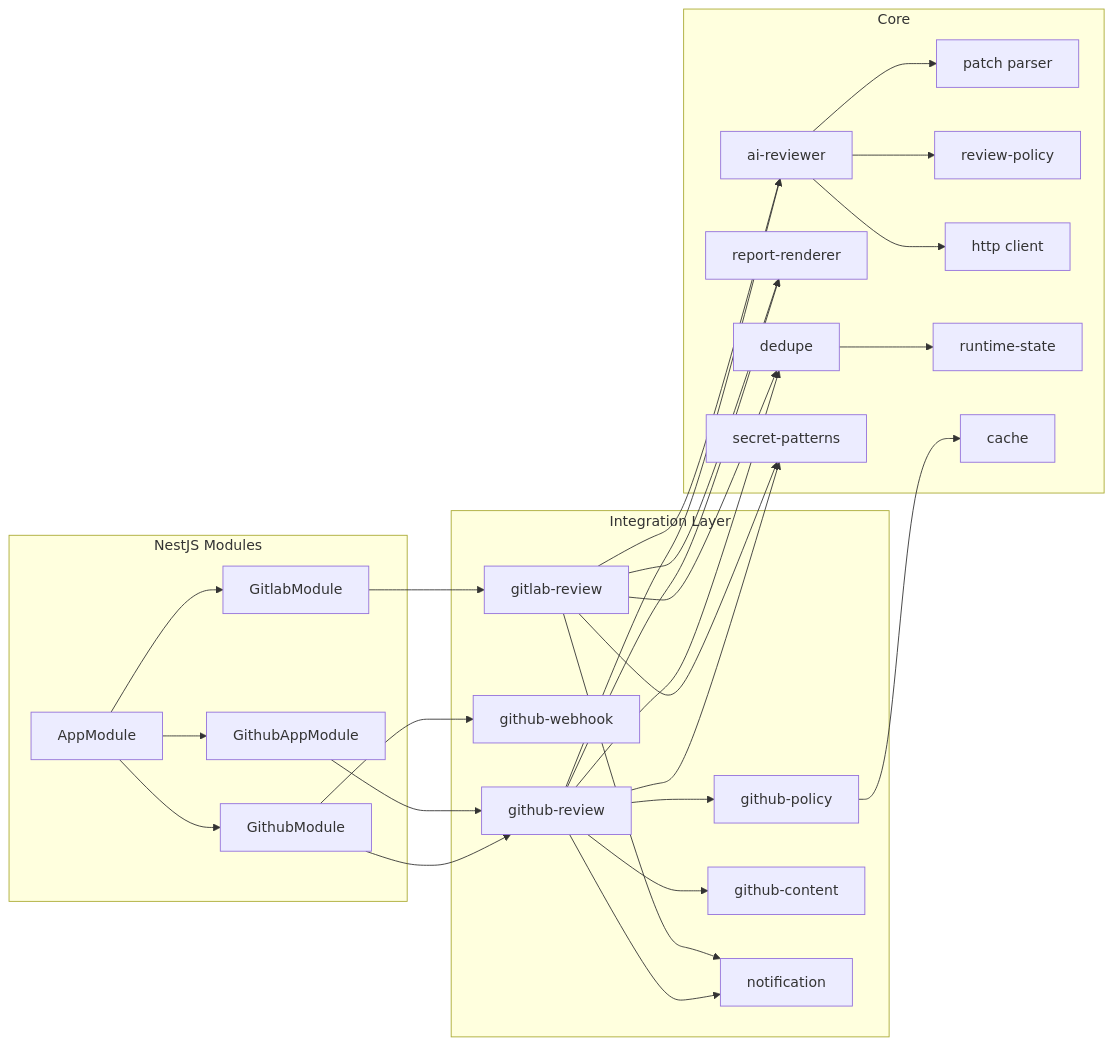
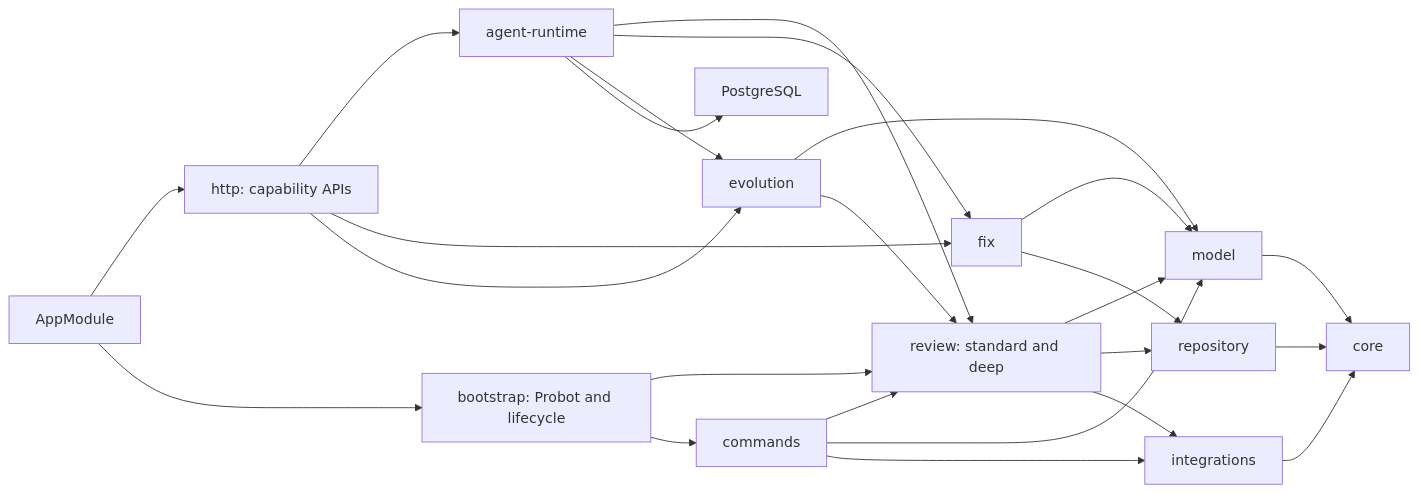
The fourth of 8 diagrams in README.md (condevtools/pr-agent), drawn with Mermaid before and after one commit. The commit also changed other lines of this file and 127 other files, not shown here.

````diff
--- a/README.md
+++ b/README.md
@@ -202,60 +202,27 @@
 ```mermaid
 graph LR
-    subgraph NestJS Modules
-        APP[AppModule]
-        GH[GithubModule]
-        GL[GitlabModule]
-        GHA[GithubAppModule]
-    end
-
-    subgraph Integration Layer
-        GHR[github-review]
-        GHW[github-webhook]
-        GHP[github-policy]
-        GHC[github-content]
-        GLR[gitlab-review]
-        NTF[notification]
-    end
-
-    subgraph Core
-        REV[ai-reviewer]
-        PAT[patch parser]
-        RPT[report-renderer]
-        POL[review-policy]
-        DDP[dedupe]
-        HTTP[http client]
-        STA[runtime-state]
-        SEC[secret-patterns]
-        CACHE[cache]
-    end
-
-    APP --> GH
-    APP --> GL
-    APP --> GHA
-
-    GH --> GHR
-    GH --> GHW
-    GHA --> GHR
-
-    GHR --> GHP
-    GHR --> GHC
-    GHR --> REV
-    GHR --> RPT
-    GHR --> NTF
-
-    GLR --> REV
-    GLR --> RPT
-    GLR --> NTF
-    GL --> GLR
-
-    REV --> PAT
-    REV --> POL
-    REV --> HTTP
-
-    GHR --> DDP
-    GLR --> DDP
-    DDP --> STA
-    GHR --> SEC
-    GLR --> SEC
-    GHP --> CACHE
+    APP[AppModule] --> HTTP[http: capability APIs]
+    APP --> BOOT[bootstrap: Probot and lifecycle]
+    HTTP --> RUN[agent-runtime]
+    HTTP --> FIX[fix]
+    HTTP --> EVO[evolution]
+    BOOT --> REV[review: standard and deep]
+    BOOT --> CMD[commands]
+    RUN --> REV
+    RUN --> FIX
+    RUN --> EVO
+    RUN --> PG[PostgreSQL]
+    REV --> MODEL[model]
+    REV --> REPO[repository]
+    REV --> INT[integrations]
+    CMD --> REV
+    CMD --> MODEL
+    CMD --> INT
+    FIX --> MODEL
+    FIX --> REPO
+    EVO --> MODEL
+    EVO --> REV
+    MODEL --> CORE[core]
+    REPO --> CORE
+    INT --> CORE
 ```
````
